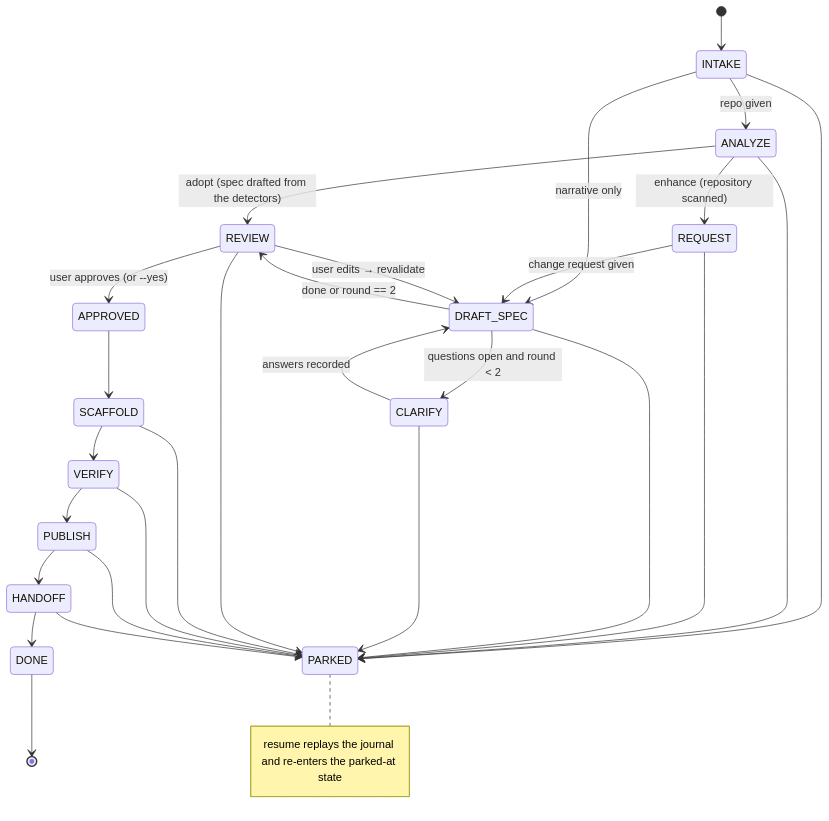
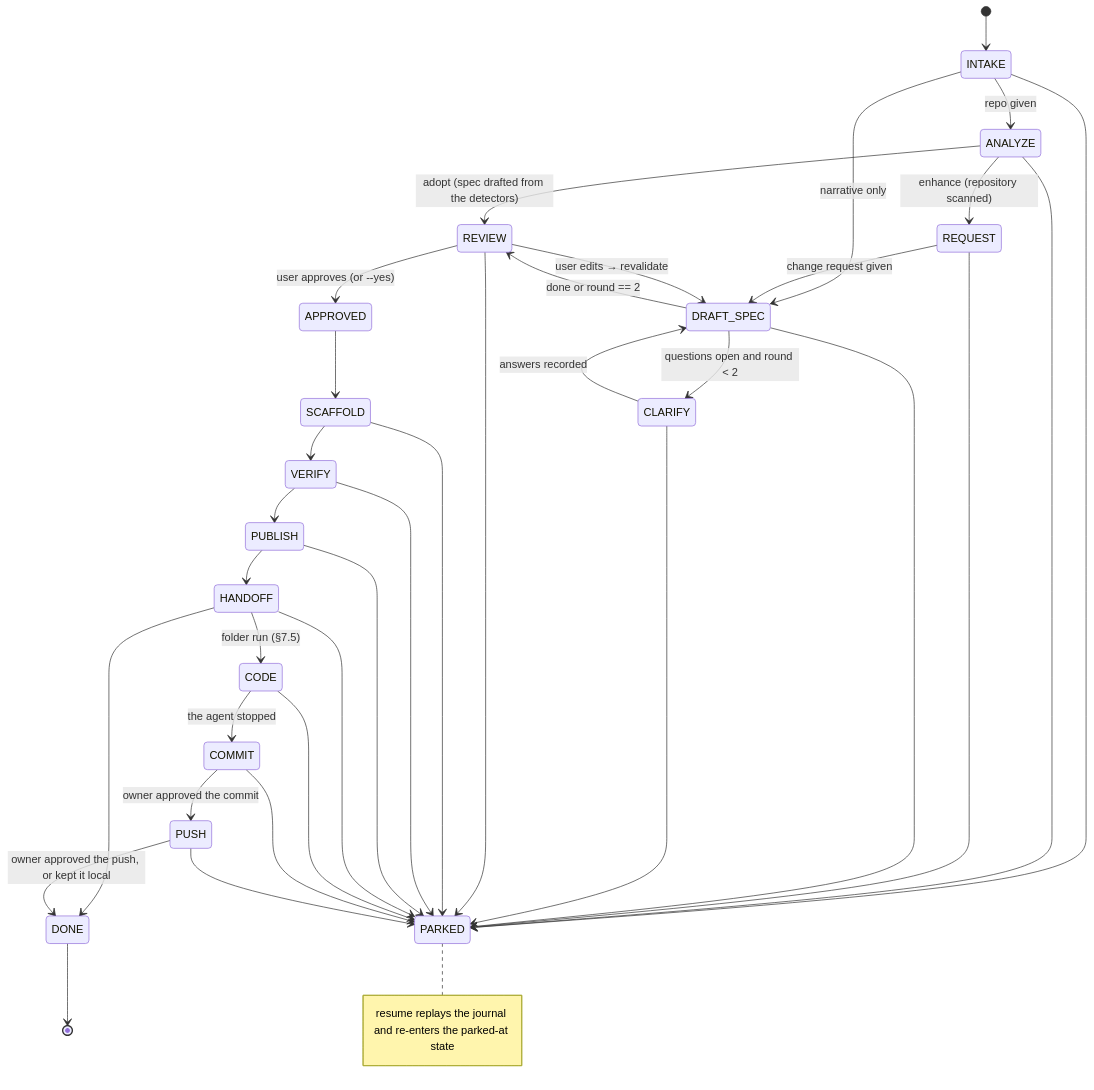
One commit to jimmyfriday-fap/the-incubator changed the third of 8 diagrams in docs/TDD.md. Above: the diagram before and after it, drawn with Mermaid. The commit also changed other lines of this file and 2 other files, not shown here.

````diff
--- a/docs/TDD.md
+++ b/docs/TDD.md
@@ -618,31 +618,38 @@
 ```mermaid
 stateDiagram-v2
   [*] --> INTAKE
   INTAKE --> ANALYZE: repo given
   INTAKE --> DRAFT_SPEC: narrative only
   ANALYZE --> REVIEW: adopt (spec drafted from the detectors)
   ANALYZE --> REQUEST: enhance (repository scanned)
   REQUEST --> DRAFT_SPEC: change request given
   DRAFT_SPEC --> CLARIFY: questions open and round < 2
   DRAFT_SPEC --> REVIEW: done or round == 2
   CLARIFY --> DRAFT_SPEC: answers recorded
   REVIEW --> APPROVED: user approves (or --yes)
   REVIEW --> DRAFT_SPEC: user edits → revalidate
   APPROVED --> SCAFFOLD
   SCAFFOLD --> VERIFY
   VERIFY --> PUBLISH
   PUBLISH --> HANDOFF
   HANDOFF --> DONE
+  HANDOFF --> CODE: folder run (§7.5)
+  CODE --> COMMIT: the agent stopped
+  COMMIT --> PUSH: owner approved the commit
+  PUSH --> DONE: owner approved the push, or kept it local
   DONE --> [*]
   INTAKE --> PARKED
   ANALYZE --> PARKED
   REQUEST --> PARKED
   DRAFT_SPEC --> PARKED
   CLARIFY --> PARKED
   REVIEW --> PARKED
   SCAFFOLD --> PARKED
   VERIFY --> PARKED
   PUBLISH --> PARKED
   HANDOFF --> PARKED
+  CODE --> PARKED
+  COMMIT --> PARKED
+  PUSH --> PARKED
   note right of PARKED: resume replays the journal and re-enters the parked-at state
 ```
````
